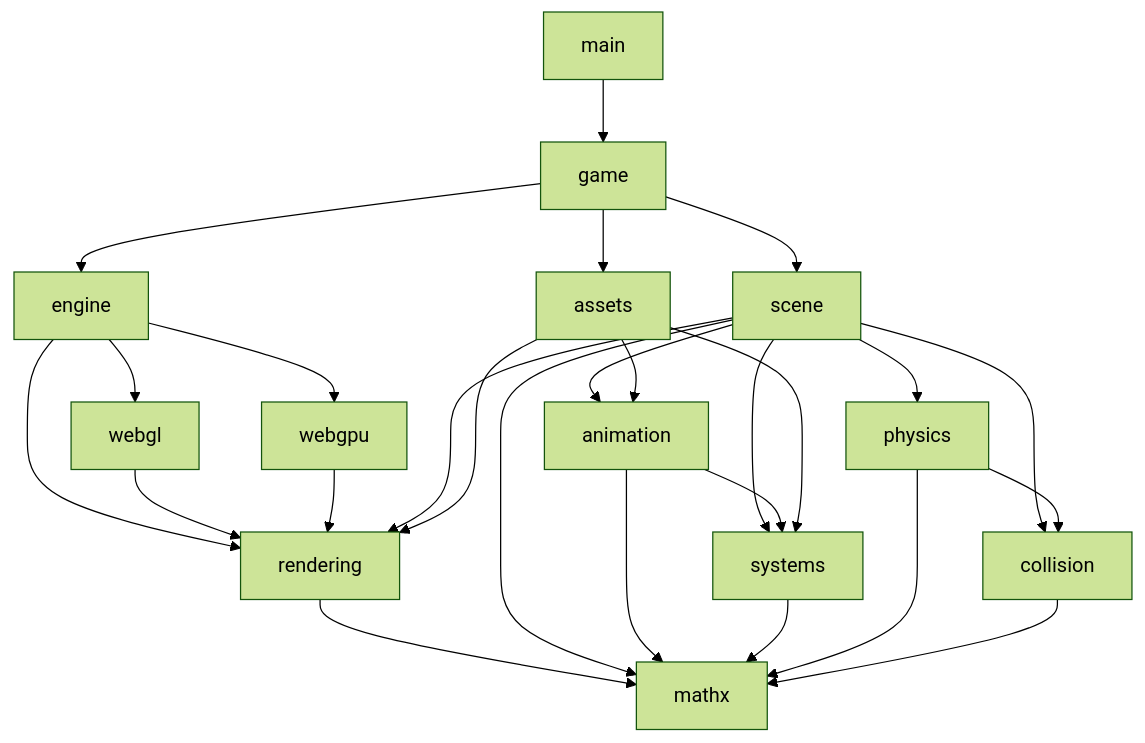
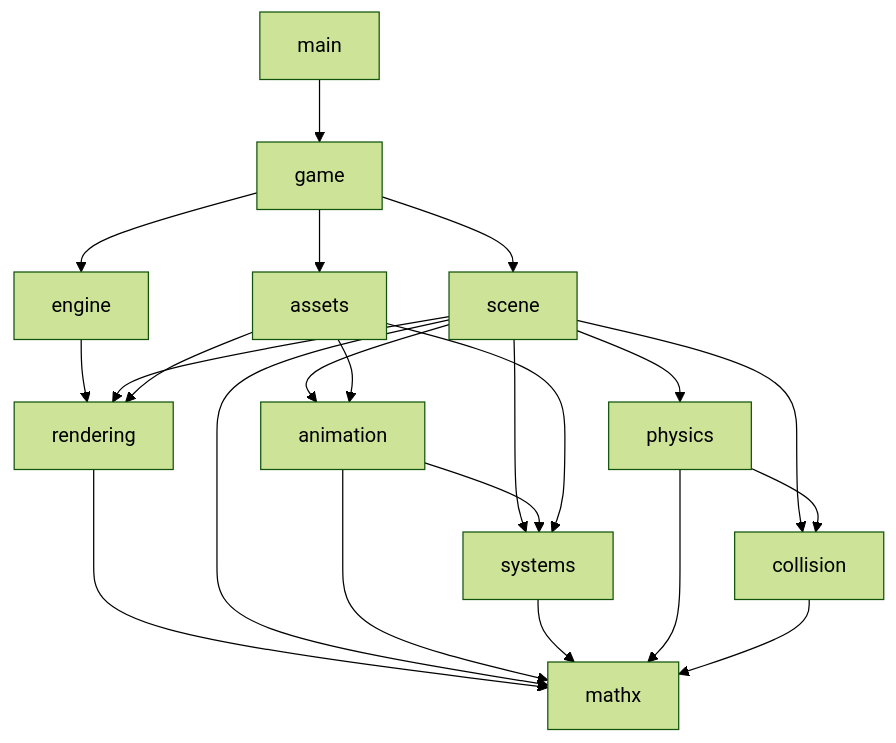
Before and after one commit to seriva/simplefps: the first of 2 diagrams in docs/architecture.md, drawn with Mermaid (forest theme). The commit also changed other lines of this file and 60 other files, not shown here.

````diff
--- a/docs/architecture.md
+++ b/docs/architecture.md
@@ -26,19 +25,17 @@
 ```mermaid
 flowchart TD
     main --> game --> engine
     game --> scene
     game --> assets
     engine --> rendering
-    engine --> webgl & webgpu
-    webgl & webgpu --> rendering
     scene --> rendering
     scene --> animation
     assets --> rendering & animation
     rendering --> mathx
     scene --> mathx & collision & physics & systems
     animation --> mathx & systems
     systems --> mathx
     physics --> mathx & collision
     collision --> mathx
     assets --> systems
 ```
````
